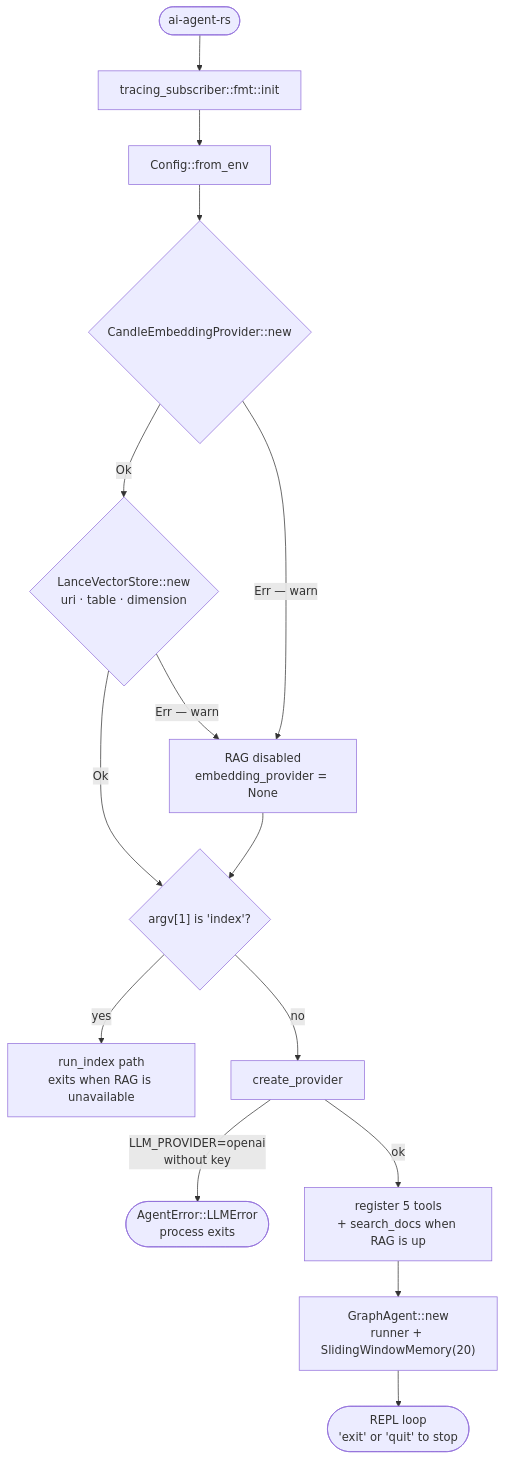
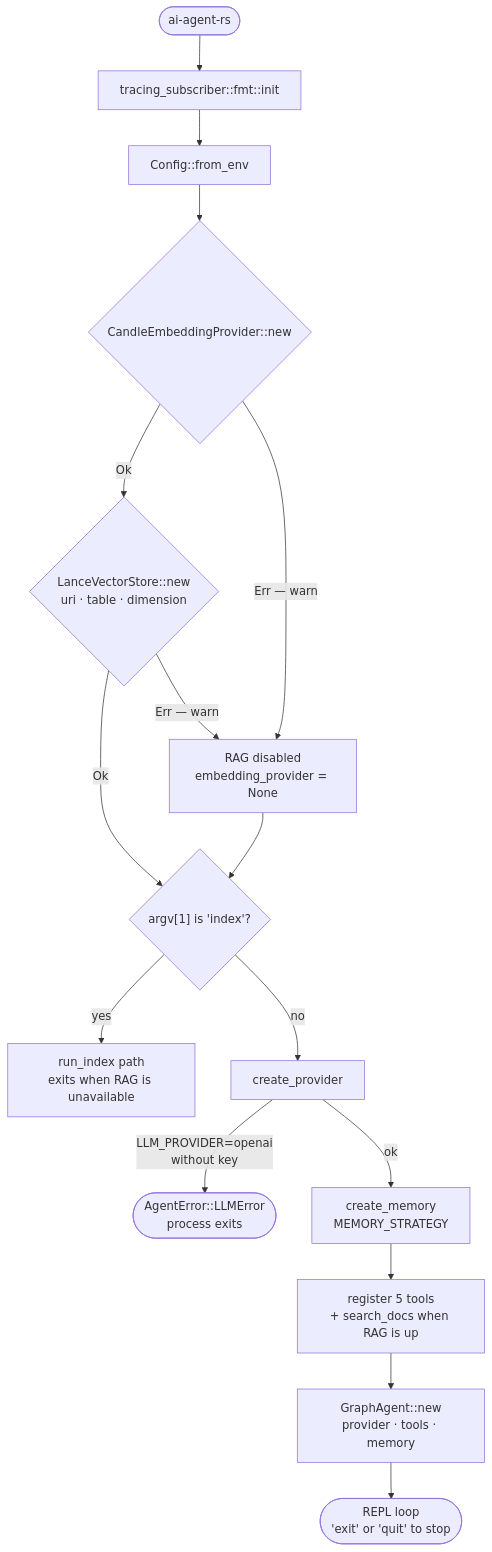
Before and after one commit to JacobRyu/ai-agent-rs: the third of 7 diagrams in docs/architecture.md, drawn with Mermaid. The commit also changed other lines of this file and 12 other files, not shown here.

First line of the commit message:
feat(memory): wire SummaryMemory into GraphAgent

````diff
--- a/docs/architecture.md
+++ b/docs/architecture.md
@@ -206,18 +210,19 @@
 ```mermaid
 flowchart TD
     Start(["ai-agent-rs"]) --> Init["tracing_subscriber::fmt::init"]
     Init --> FromEnv["Config::from_env"]
     FromEnv --> EmbTry{"CandleEmbeddingProvider::new"}
     EmbTry -->|"Ok"| StoreTry{"LanceVectorStore::new<br/>uri · table · dimension"}
     EmbTry -->|"Err — warn"| RagOff["RAG disabled<br/>embedding_provider = None"]
     StoreTry -->|"Ok"| Args{"argv[1] is 'index'?"}
     StoreTry -->|"Err — warn"| RagOff
     RagOff --> Args
 
     Args -->|"yes"| RunIndex["run_index path<br/>exits when RAG is unavailable"]
     Args -->|"no"| Prov["create_provider"]
     Prov -->|"LLM_PROVIDER=openai<br/>without key"| Fail(["AgentError::LLMError<br/>process exits"])
-    Prov -->|ok| Register["register 5 tools<br/>+ search_docs when RAG is up"]
-    Register --> Build["GraphAgent::new<br/>runner + SlidingWindowMemory(20)"]
+    Prov -->|ok| Mem["create_memory<br/>MEMORY_STRATEGY"]
+    Mem --> Register["register 5 tools<br/>+ search_docs when RAG is up"]
+    Register --> Build["GraphAgent::new<br/>provider · tools · memory"]
     Build --> Repl(["REPL loop<br/>'exit' or 'quit' to stop"])
 ```
````
